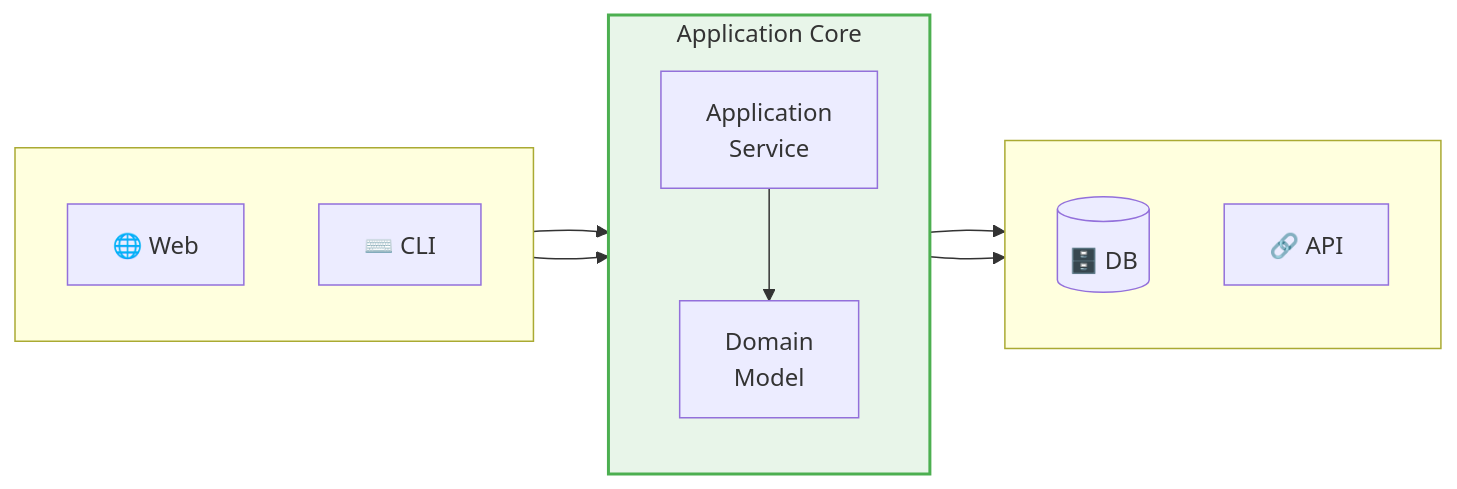
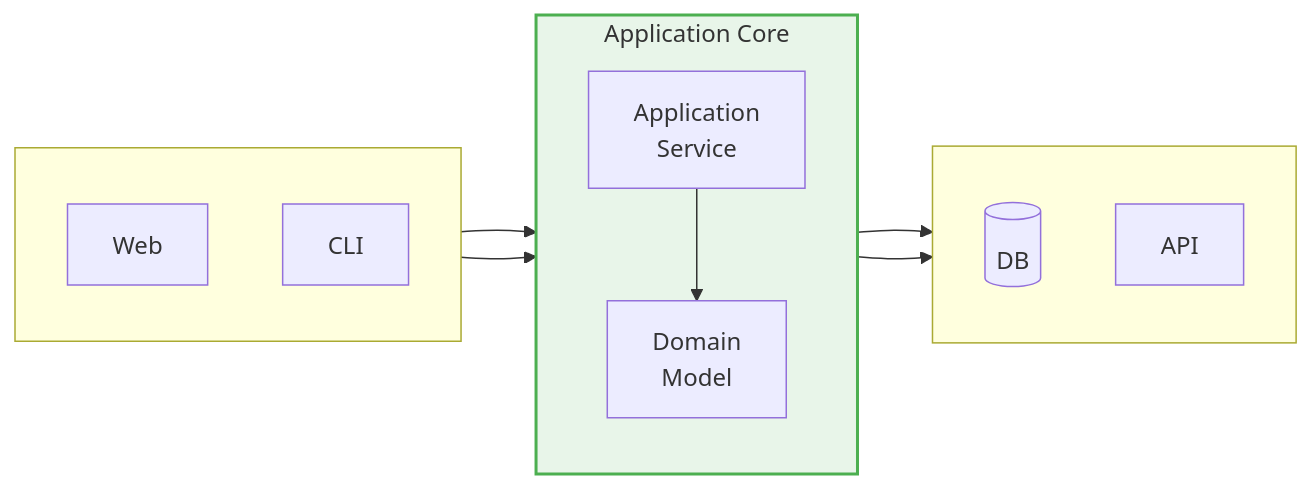
The second of 6 diagrams in content/posts/ddd-hexagonal-architecture-guide.md (disj11/disj11.github.io), drawn with Mermaid before and after one commit. The commit also changed other lines of this file and 25 other files, not shown here.

````diff
--- a/content/posts/ddd-hexagonal-architecture-guide.md
+++ b/content/posts/ddd-hexagonal-architecture-guide.md
@@ -84,28 +84,28 @@
 ```mermaid
 flowchart LR
     subgraph Inbound[" "]
         direction TB
-        WEB["🌐 Web"]
-        CLI["⌨️ CLI"]
+        WEB["Web"]
+        CLI["CLI"]
     end
     
     subgraph Core["Application Core"]
         direction TB
         AS["Application<br/>Service"]
         DM["Domain<br/>Model"]
         AS --> DM
     end
     
     subgraph Outbound[" "]
         direction TB
-        DB[("🗄️ DB")]
-        EXT["🔗 API"]
+        DB[("DB")]
+        EXT["API"]
     end
     
     WEB --> AS
     CLI --> AS
     AS --> DB
     AS --> EXT
     
     style Core fill:#e8f5e9,stroke:#4caf50,stroke-width:2px
 ```
````
